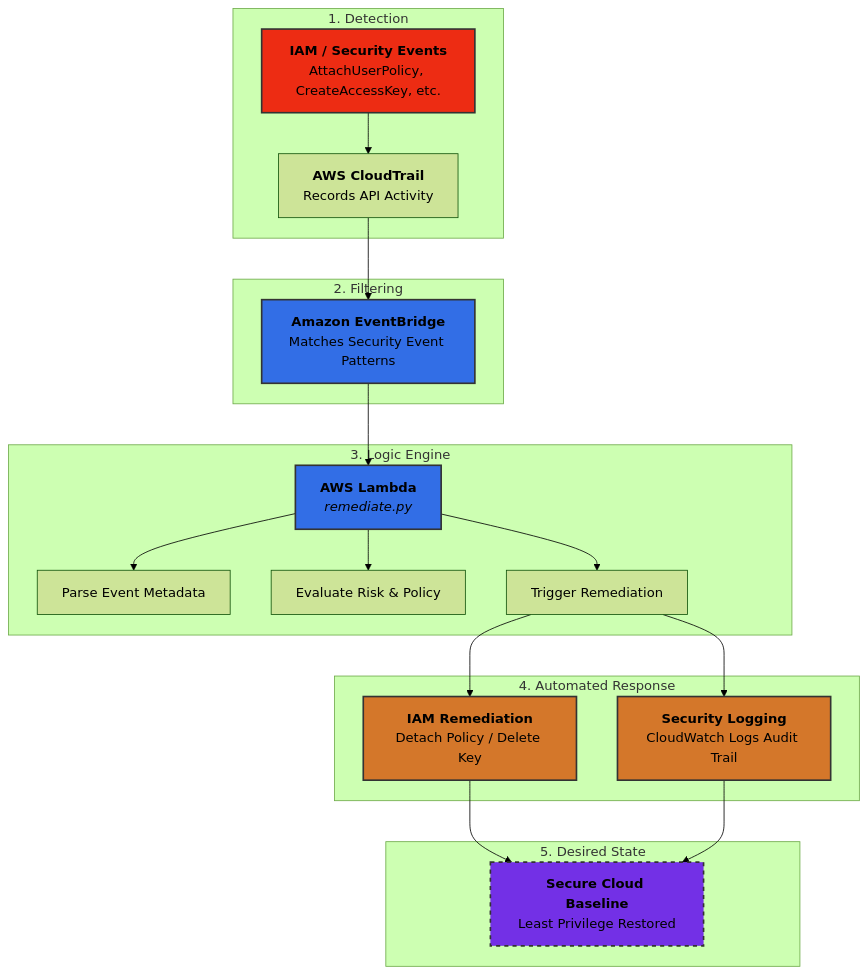
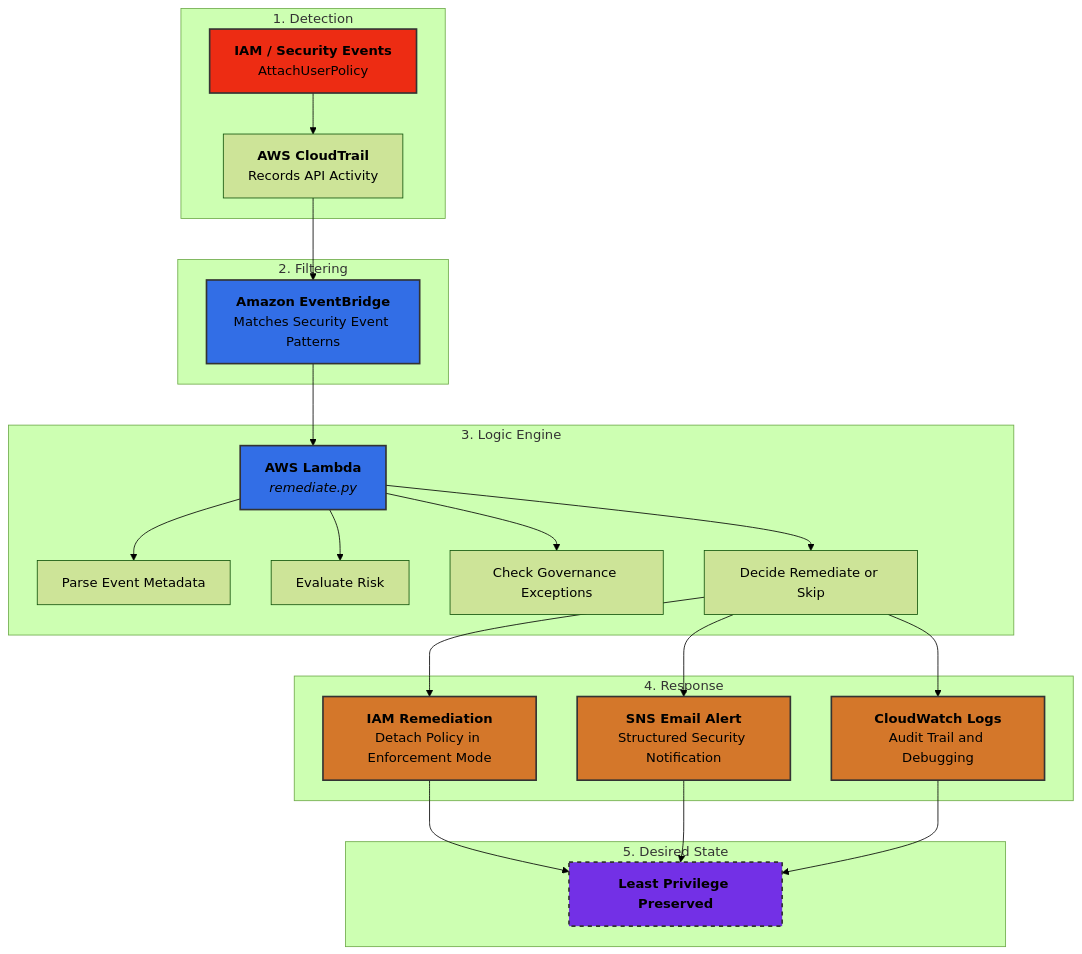
One commit to Luekrit/Cloud-Security-Automation changed the first of 2 diagrams in README.md. Above: the diagram before and after it, drawn with Mermaid (forest theme). The commit also changed other lines of this file, not shown here.

````diff
--- a/README.md
+++ b/README.md
@@ -26,33 +26,35 @@
 ```mermaid
 graph TD
-    %% Define Styles
     classDef trigger fill:#ed2c13,stroke:#333,stroke-width:2px;
     classDef logic fill:#326ee6,stroke:#333,stroke-width:2px;
     classDef action fill:#d4772a,stroke:#333,stroke-width:2px;
     classDef final fill:#7330e6,stroke:#333,stroke-width:2px,stroke-dasharray: 5 5;
 
     subgraph Detection_Layer [1. Detection]
-        A[<b>IAM / Security Events</b><br/>AttachUserPolicy, CreateAccessKey, etc.]:::trigger --> B[<b>AWS CloudTrail</b><br/>Records API Activity]
+        A[<b>IAM / Security Events</b><br/>AttachUserPolicy]:::trigger --> B[<b>AWS CloudTrail</b><br/>Records API Activity]
     end
 
     subgraph Routing_Layer [2. Filtering]
         B --> C[<b>Amazon EventBridge</b><br/>Matches Security Event Patterns]:::logic
     end
 
     subgraph Logic_Layer [3. Logic Engine]
         C --> D[<b>AWS Lambda</b><br/><i>remediate.py</i>]:::logic
         D --> D1[Parse Event Metadata]
-        D --> D2[Evaluate Risk & Policy]
-        D --> D3[Trigger Remediation]
+        D --> D2[Evaluate Risk]
+        D --> D3[Check Governance Exceptions]
+        D --> D4[Decide Remediate or Skip]
     end
 
-    subgraph Execution_Layer [4. Automated Response]
-        D3 --> E[<b>IAM Remediation</b><br/>Detach Policy / Delete Key]:::action
-        D3 --> F[<b>Security Logging</b><br/>CloudWatch Logs Audit Trail]:::action
+    subgraph Response_Layer [4. Response]
+        D4 --> E[<b>SNS Email Alert</b><br/>Structured Security Notification]:::action
+        D4 --> F[<b>CloudWatch Logs</b><br/>Audit Trail and Debugging]:::action
+        D4 --> G[<b>IAM Remediation</b><br/>Detach Policy in Enforcement Mode]:::action
     end
 
     subgraph Outcome [5. Desired State]
-        E --> G[<b>Secure Cloud Baseline</b><br/>Least Privilege Restored]:::final
-        F --> G
+        G --> H[<b>Least Privilege Preserved</b>]:::final
+        E --> H
+        F --> H
     end
 ```
````
